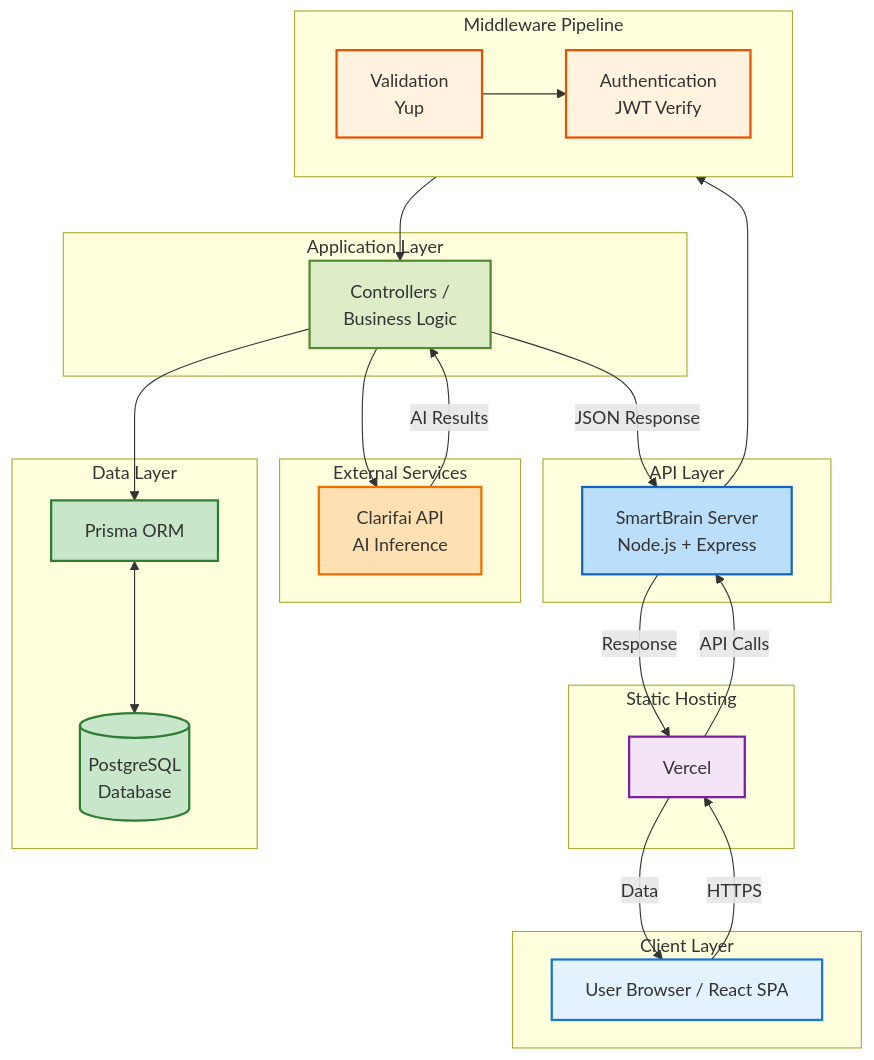
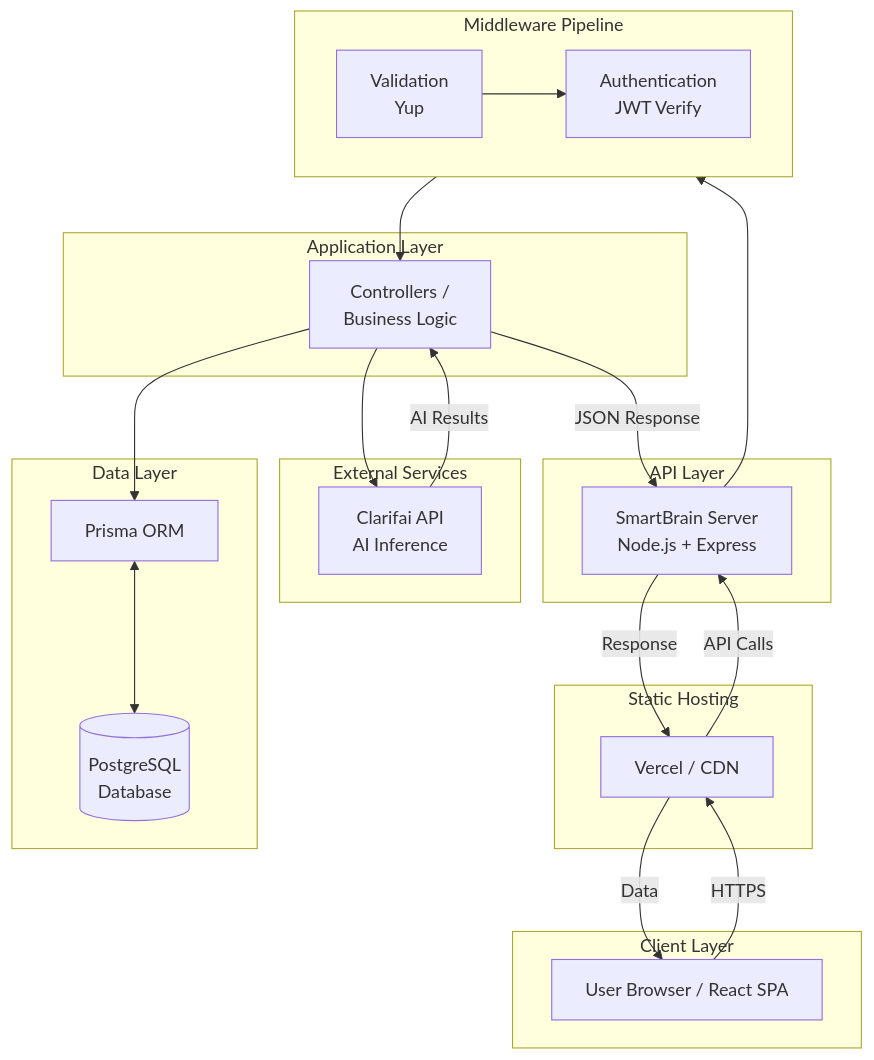
One commit to NehalSurti/SmartBrain-Server changed the diagram in README.md. Above: the diagram before and after it, drawn with Mermaid.

Commit message:
update README.md to remove styles from architecture diagram

````diff
--- a/README.md
+++ b/README.md
@@ -27,70 +27,53 @@
 ```mermaid
 flowchart TB
     %% Client Layer
     subgraph Client["Client Layer"]
         A[User Browser / React SPA]
     end
 
     %% Static Hosting
     subgraph Hosting["Static Hosting"]
-        B[Vercel]
+        B[Vercel / CDN]
     end
 
     %% API Server
     subgraph API["API Layer"]
         C[SmartBrain Server<br/>Node.js + Express]
     end
 
     %% Middleware
     subgraph Middleware["Middleware Pipeline"]
         direction LR
         D[Validation<br/>Yup]
         E[Authentication<br/>JWT Verify]
         D --> E
     end
 
     %% Business Logic
     subgraph Backend["Application Layer"]
         F[Controllers /<br/>Business Logic]
     end
 
     %% External Services & Data
     subgraph Services["External Services"]
         H[Clarifai API<br/>AI Inference]
     end
 
     subgraph Data["Data Layer"]
         G[Prisma ORM]
         J[(PostgreSQL<br/>Database)]
     end
 
     %% Connections
     A -->|HTTPS| B
     B -->|API Calls| C
     C --> Middleware
     Middleware --> F
     F --> G
     F --> H
     G <--> J
     H -->|AI Results| F
     F -->|JSON Response| C
     C -->|Response| B
     B -->|Data| A
-
-    %% Styles
-    classDef clientStyle fill:#e3f2fd,stroke:#1976d2,stroke-width:2px
-    classDef hostingStyle fill:#f3e5f5,stroke:#7b1fa2,stroke-width:2px
-    classDef apiStyle fill:#bbdefb,stroke:#1565c0,stroke-width:2px
-    classDef middlewareStyle fill:#fff3e0,stroke:#e65100,stroke-width:2px
-    classDef backendStyle fill:#dcedc8,stroke:#558b2f,stroke-width:2px
-    classDef serviceStyle fill:#ffe0b2,stroke:#ef6c00,stroke-width:2px
-    classDef dataStyle fill:#c8e6c9,stroke:#2e7d32,stroke-width:2px
-
-    class A clientStyle
-    class B hostingStyle
-    class C apiStyle
-    class D,E middlewareStyle
-    class F backendStyle
-    class H serviceStyle
-    class G,I,J dataStyle
 ```
````
